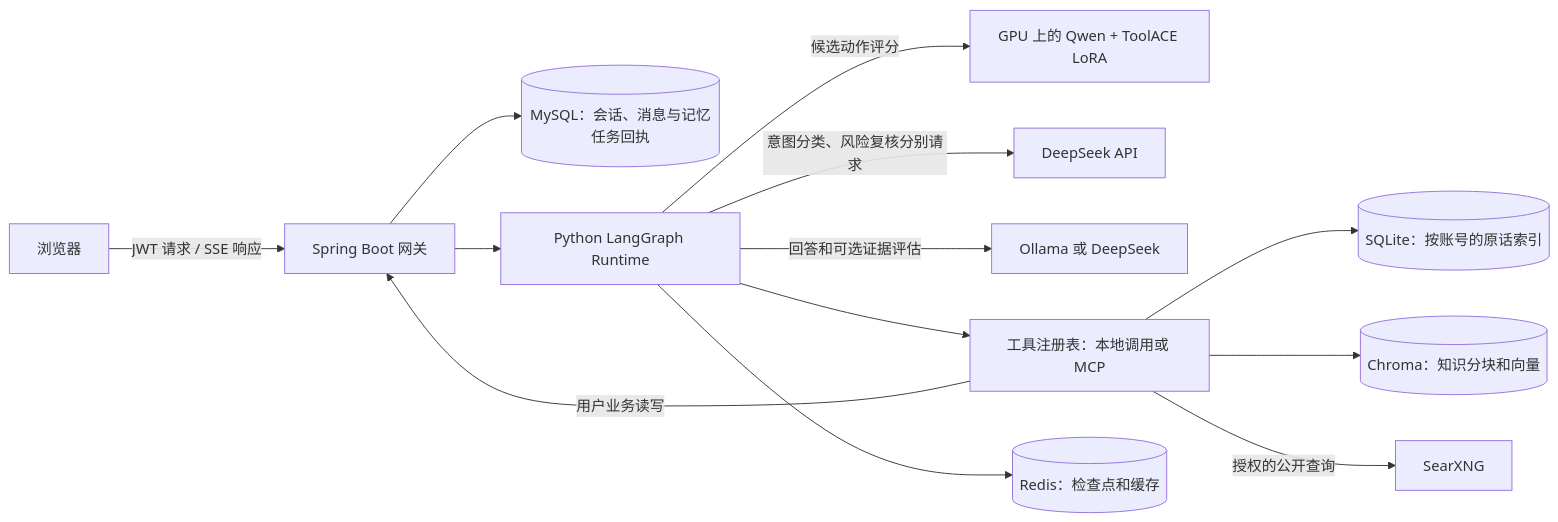
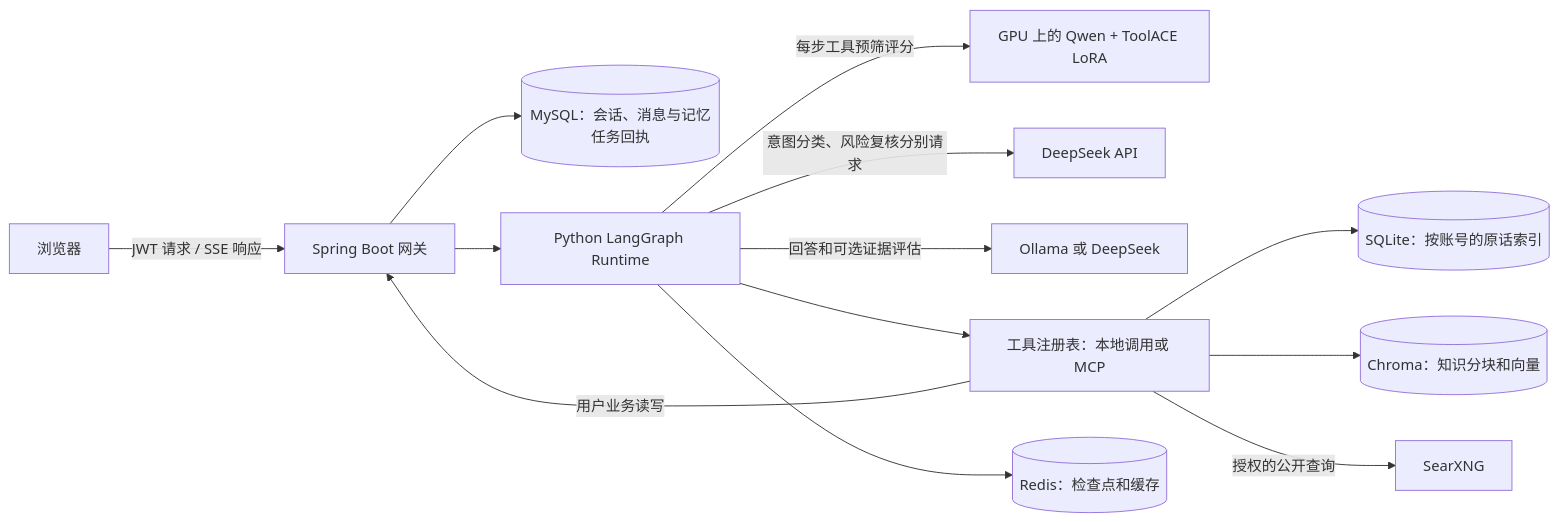
Before and after one commit to Vaniloo/psych-agent-engineering: the first of 2 diagrams in docs/architecture.md, drawn with Mermaid. The commit also changed other lines of this file and 73 other files, not shown here.

````diff
--- a/docs/architecture.md
+++ b/docs/architecture.md
@@ -7,15 +7,15 @@
 ```mermaid
 flowchart LR
   UI[浏览器] -->|JWT 请求 / SSE 响应| J[Spring Boot 网关]
   J --> SQL[(MySQL：会话、消息与记忆任务回执)]
   J --> R[Python LangGraph Runtime]
-  R -->|候选动作评分| Q[GPU 上的 Qwen + ToolACE LoRA]
+  R -->|每步工具预筛评分| Q[GPU 上的 Qwen + ToolACE LoRA]
   R -->|意图分类、风险复核分别请求| DS[DeepSeek API]
   R -->|回答和可选证据评估| L[Ollama 或 DeepSeek]
   R --> T[工具注册表：本地调用或 MCP]
   R --> C[(Redis：检查点和缓存)]
   T -->|用户业务读写| J
   T --> M[(SQLite：按账号的原话索引)]
   T --> K[(Chroma：知识分块和向量)]
   T -->|授权的公开查询| S[SearXNG]
 ```
````
